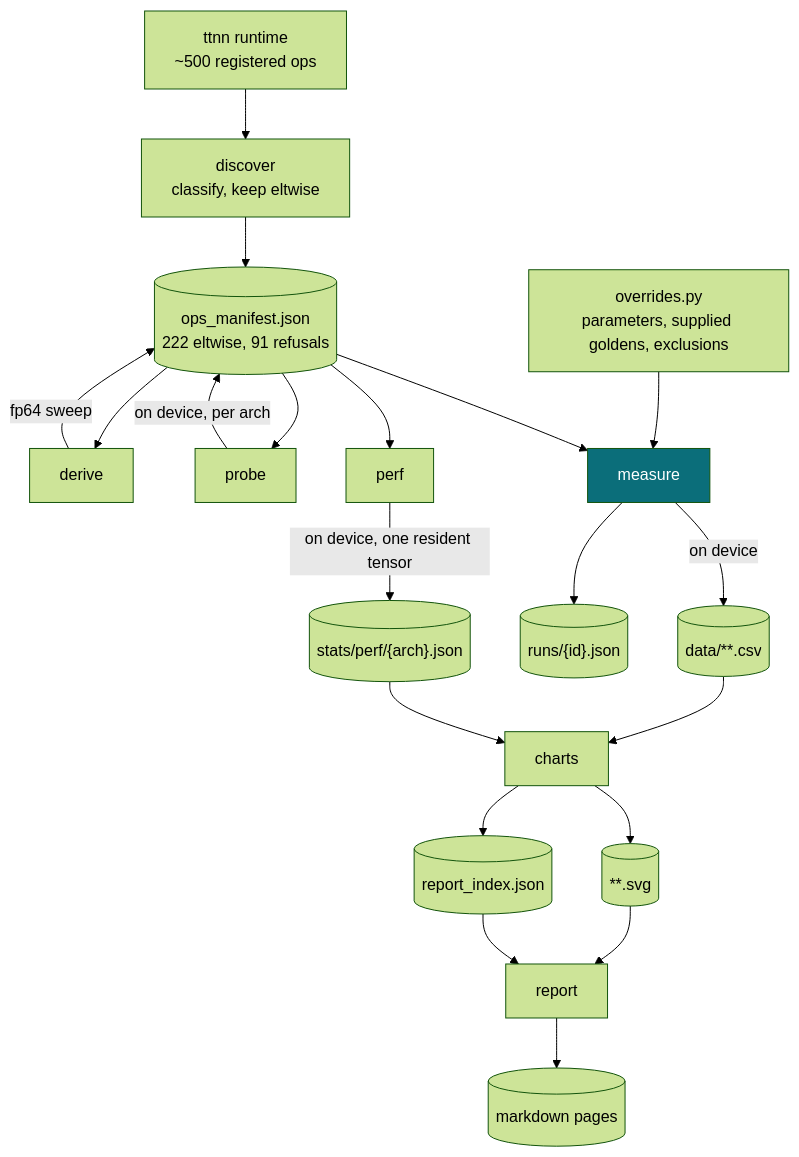
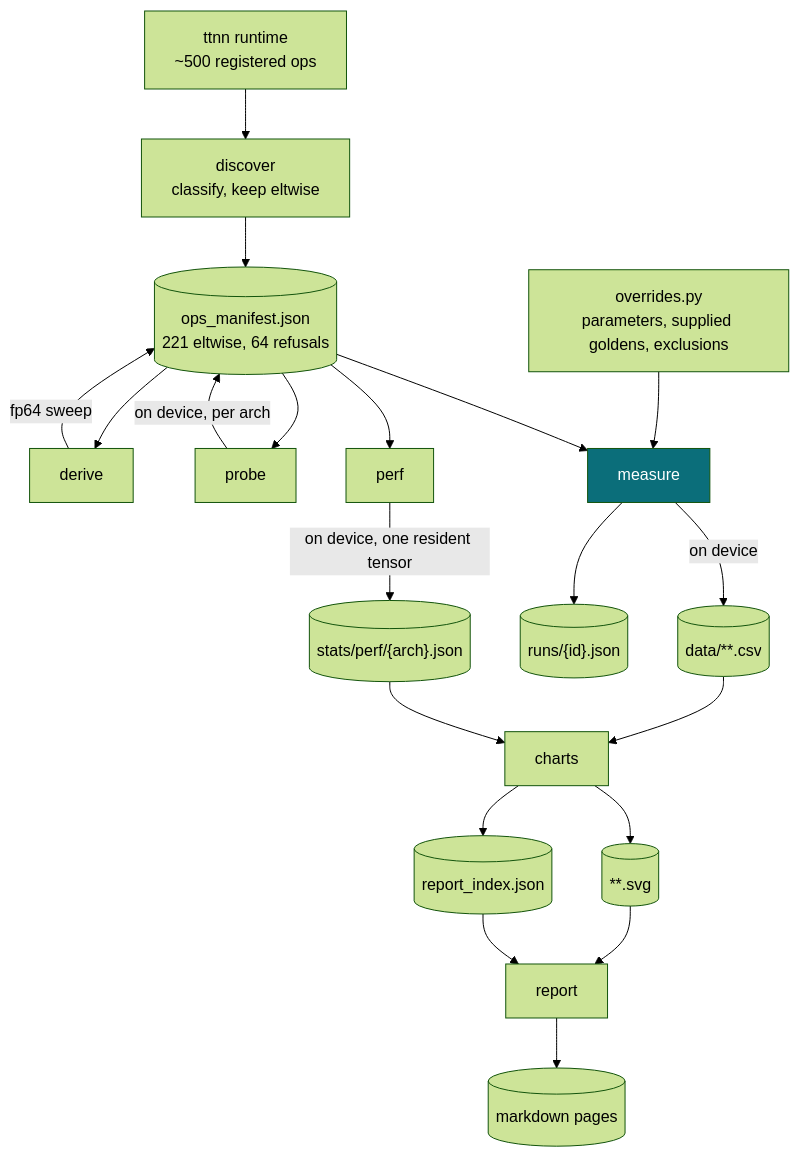
The second of 4 diagrams in docs/architecture.md (tenstorrent/tt-eltwise-accuracy-report), drawn with Mermaid (forest theme) before and after one commit. The commit also changed 4 other files, not shown here.

````diff
--- a/docs/architecture.md
+++ b/docs/architecture.md
@@ -57,28 +57,28 @@
 ```mermaid
 flowchart TD
     T["ttnn runtime<br/>~500 registered ops"] --> D1["discover<br/>classify, keep eltwise"]
-    D1 --> M1[("ops_manifest.json<br/>222 eltwise, 91 refusals")]
+    D1 --> M1[("ops_manifest.json<br/>221 eltwise, 64 refusals")]
     M1 --> D2["derive"]
     D2 -->|fp64 sweep| M1
     M1 --> D3["probe"]
     D3 -->|on device, per arch| M1
 
     OVR["overrides.py<br/>parameters, supplied goldens, exclusions"] --> R1
     M1 --> R1
 
     R1["measure"] -->|on device| CSV[("data/**.csv")]
     R1 --> PROV[("runs/{id}.json")]
 
     M1 --> R2["perf"]
     R2 -->|on device, one resident tensor| PRF[("stats/perf/{arch}.json")]
 
     CSV --> C1["charts"] --> SVG[("**.svg")]
     PRF --> C1
     C1 --> IDX[("report_index.json")]
 
     SVG --> P1["report"]
     IDX --> P1
     P1 --> MD[("markdown pages")]
 
     style R1 fill:#0b6e7a,color:#fff
 ```
````
